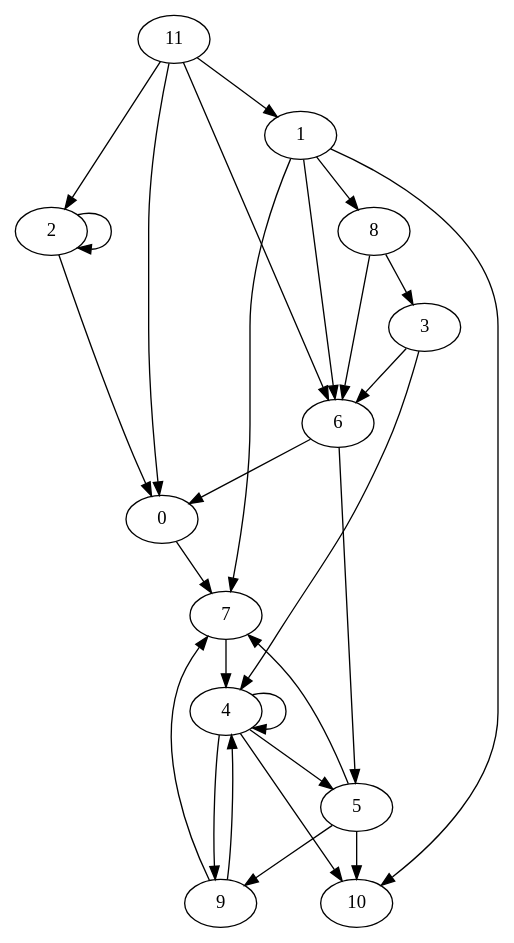
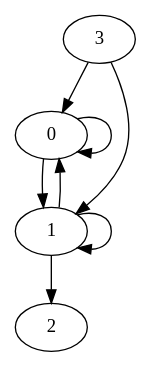
The diagram in quiver-gviz/reprdigraph.dot (LostBitset/quiver_se), drawn with Graphviz before and after one commit. The commit also changed 4 other files, not shown here.

```diff
--- a/quiver-gviz/reprdigraph.dot
+++ b/quiver-gviz/reprdigraph.dot
@@ -1,43 +1,15 @@
 digraph  {
 	
-	n6[label="0"];
-	n11[label="1"];
-	n2[label="10"];
-	n10[label="11"];
-	n12[label="2"];
-	n8[label="3"];
-	n1[label="4"];
-	n4[label="5"];
-	n5[label="6"];
-	n7[label="7"];
-	n9[label="8"];
-	n3[label="9"];
-	n6->n7[penwidth="1"];
-	n11->n9[penwidth="1"];
-	n11->n7[penwidth="1"];
-	n11->n2[penwidth="1"];
-	n11->n5[penwidth="1"];
-	n10->n11[penwidth="1"];
-	n10->n5[penwidth="1"];
-	n10->n12[penwidth="1"];
-	n10->n6[penwidth="1"];
-	n12->n6[penwidth="1"];
-	n12->n12[penwidth="1"];
-	n8->n1[penwidth="1"];
-	n8->n5[penwidth="1"];
-	n1->n3[penwidth="1"];
-	n1->n4[penwidth="1"];
+	n1[label="0"];
+	n2[label="1"];
+	n3[label="2"];
+	n4[label="3"];
+	n1->n1[penwidth="1"];
 	n1->n2[penwidth="1"];
-	n1->n1[penwidth="1"];
-	n4->n7[penwidth="1"];
-	n4->n3[penwidth="1"];
+	n2->n3[penwidth="1"];
+	n2->n1[penwidth="1"];
+	n2->n2[penwidth="1"];
 	n4->n2[penwidth="1"];
-	n5->n4[penwidth="1"];
-	n5->n6[penwidth="1"];
-	n7->n1[penwidth="1"];
-	n9->n5[penwidth="1"];
-	n9->n8[penwidth="1"];
-	n3->n1[penwidth="1"];
-	n3->n7[penwidth="1"];
+	n4->n1[penwidth="1"];
 	
 }
```
